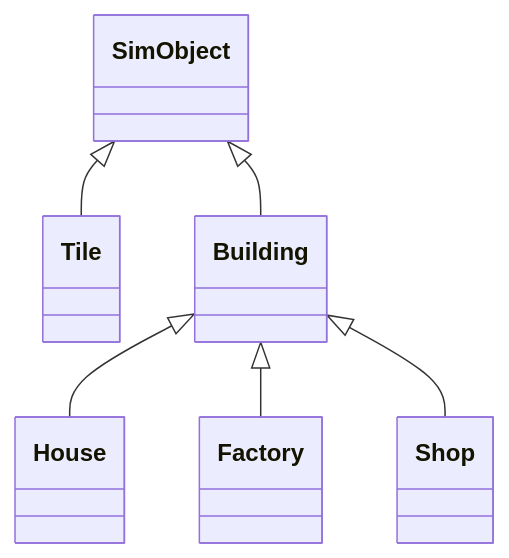
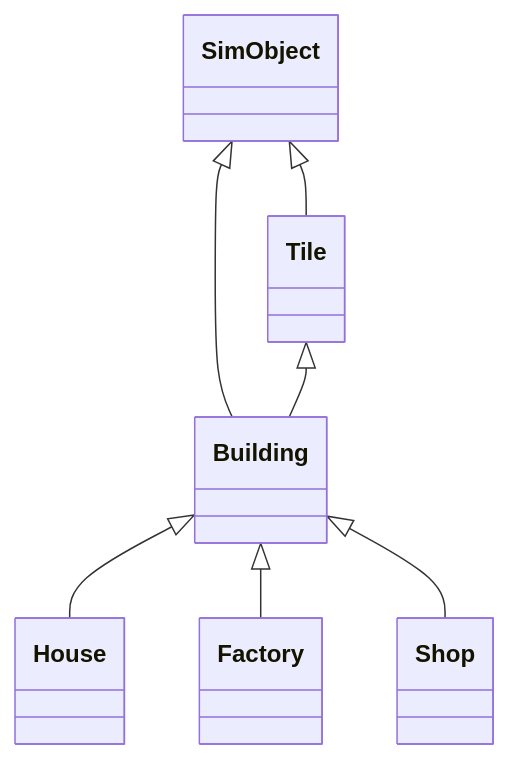
One commit to Mu-L/CubeCity changed the diagram in .cursor/docs/TD.md. Above: the diagram before and after it, drawn with Mermaid. The commit also changed other lines of this file and 5 other files, not shown here.

````diff
--- a/.cursor/docs/TD.md
+++ b/.cursor/docs/TD.md
@@ -63,8 +63,9 @@
 ```mermaid
 classDiagram
   SimObject <|-- Tile
   SimObject <|-- Building
+  Tile  <|--Building
   Building <|-- House
   Building <|-- Factory
   Building <|-- Shop
 ```
````
